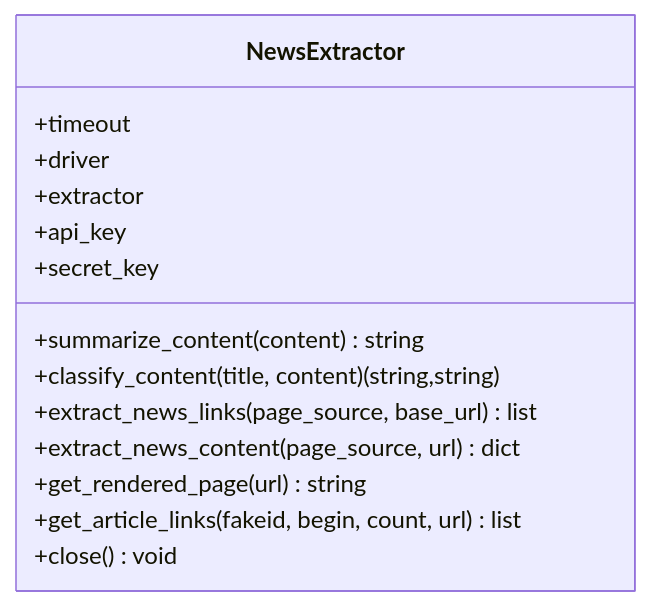
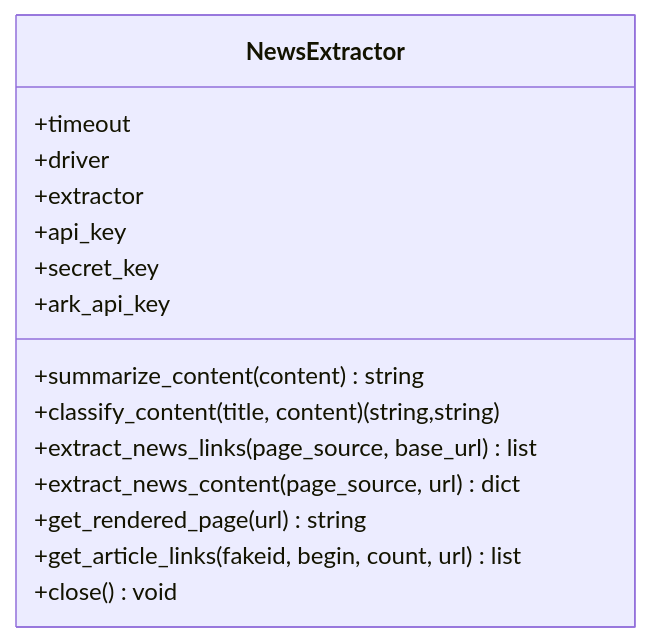
One commit to dengwanqian/news-exacter changed the fourth of 7 diagrams in .qoder/repowiki/zh/content/分类系统设计/分类系统设计.md. Above: the diagram before and after it, drawn with Mermaid. The commit also changed other lines of this file and 7 other files, not shown here.

````diff
--- a/.qoder/repowiki/zh/content/分类系统设计/分类系统设计.md
+++ b/.qoder/repowiki/zh/content/分类系统设计/分类系统设计.md
@@ -183,17 +195,18 @@
 ```mermaid
 classDiagram
 class NewsExtractor {
 +timeout
 +driver
 +extractor
 +api_key
 +secret_key
++ark_api_key
 +summarize_content(content) string
 +classify_content(title, content) (string,string)
 +extract_news_links(page_source, base_url) list
 +extract_news_content(page_source, url) dict
 +get_rendered_page(url) string
 +get_article_links(fakeid, begin, count, url) list
 +close() void
 }
 ```
````
